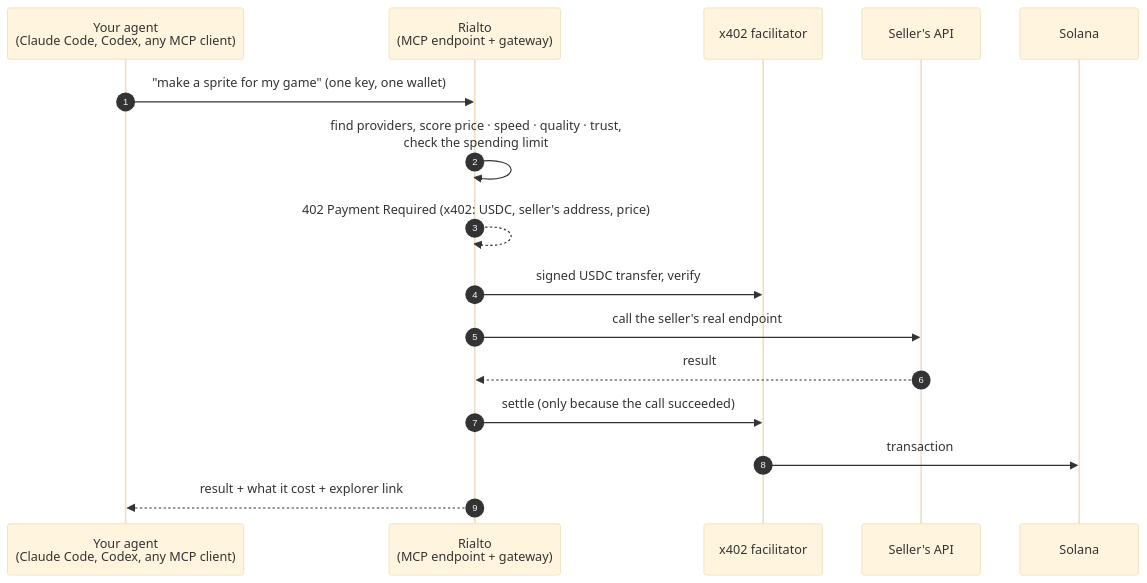
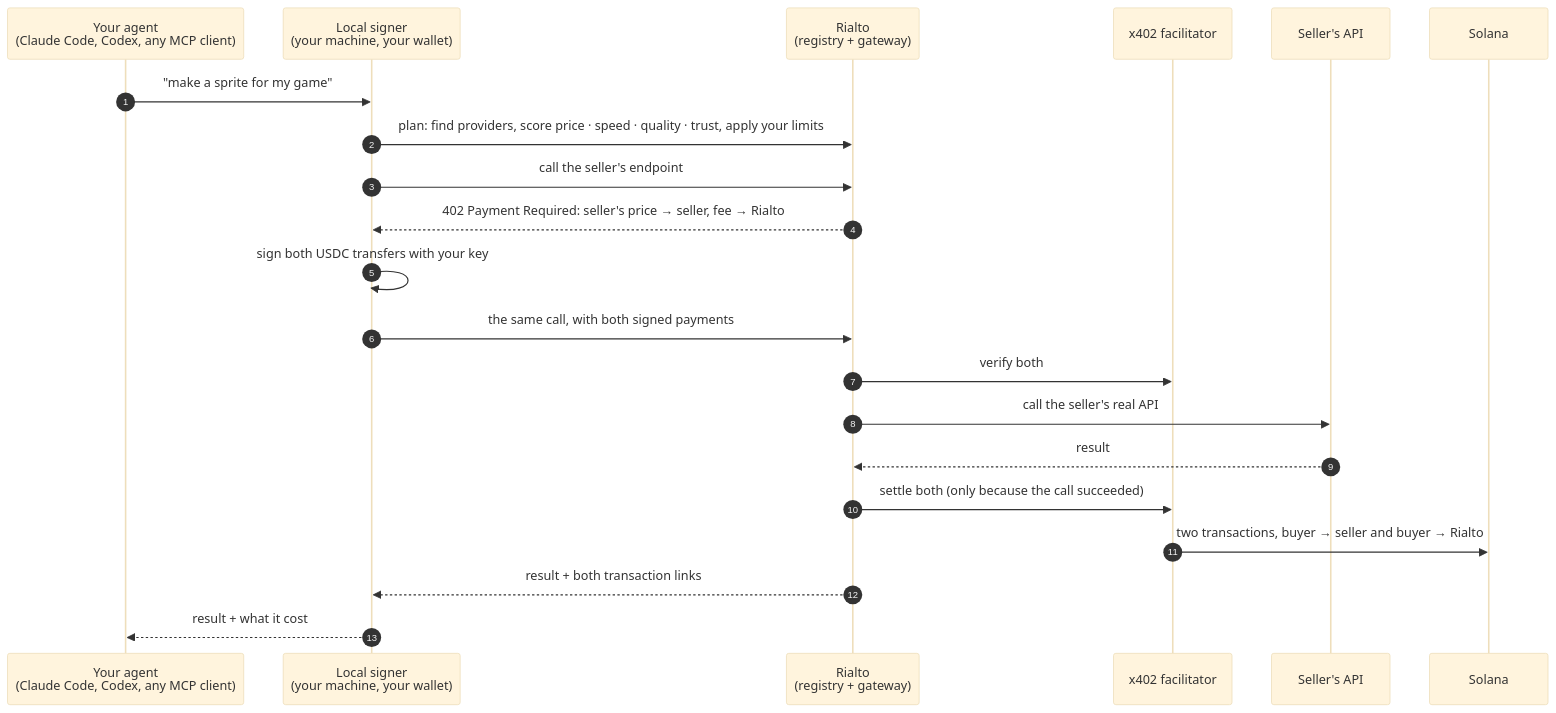
The first of 2 diagrams in README.md (chicogborba/rialto), drawn with Mermaid (base theme) before and after one commit. The commit also changed other lines of this file and 73 other files, not shown here.

````diff
--- a/README.md
+++ b/README.md
@@ -65,19 +68,24 @@
 ```mermaid
 sequenceDiagram
     autonumber
     participant A as Your agent<br/>(Claude Code, Codex, any MCP client)
-    participant R as Rialto<br/>(MCP endpoint + gateway)
+    participant S as Local signer<br/>(your machine, your wallet)
+    participant R as Rialto<br/>(registry + gateway)
     participant F as x402 facilitator
-    participant S as Seller's API
+    participant P as Seller's API
     participant C as Solana
 
-    A->>R: "make a sprite for my game" (one key, one wallet)
-    R->>R: find providers, score price · speed · quality · trust,<br/>check the spending limit
-    R-->>R: 402 Payment Required (x402: USDC, seller's address, price)
-    R->>F: signed USDC transfer, verify
-    R->>S: call the seller's real endpoint
-    S-->>R: result
-    R->>F: settle (only because the call succeeded)
-    F->>C: transaction
-    R-->>A: result + what it cost + explorer link
+    A->>S: "make a sprite for my game"
+    S->>R: plan: find providers, score price · speed · quality · trust, apply your limits
+    S->>R: call the seller's endpoint
+    R-->>S: 402 Payment Required: seller's price → seller, fee → Rialto
+    S->>S: sign both USDC transfers with your key
+    S->>R: the same call, with both signed payments
+    R->>F: verify both
+    R->>P: call the seller's real API
+    P-->>R: result
+    R->>F: settle both (only because the call succeeded)
+    F->>C: two transactions, buyer → seller and buyer → Rialto
+    R-->>S: result + both transaction links
+    S-->>A: result + what it cost
 ```
````
